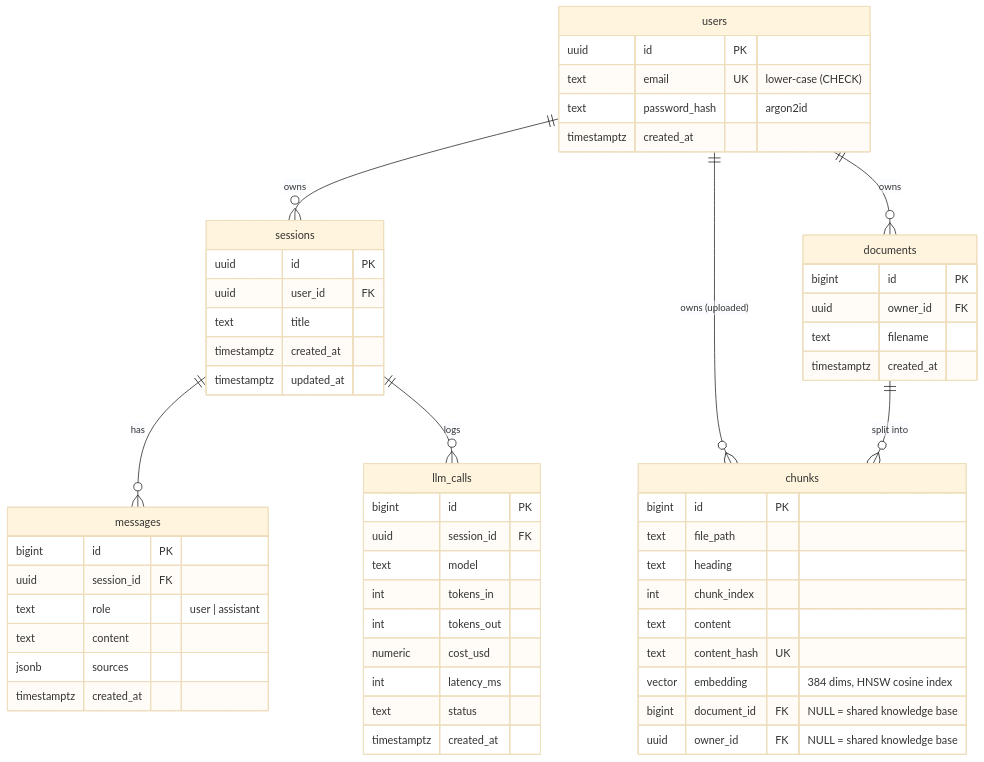
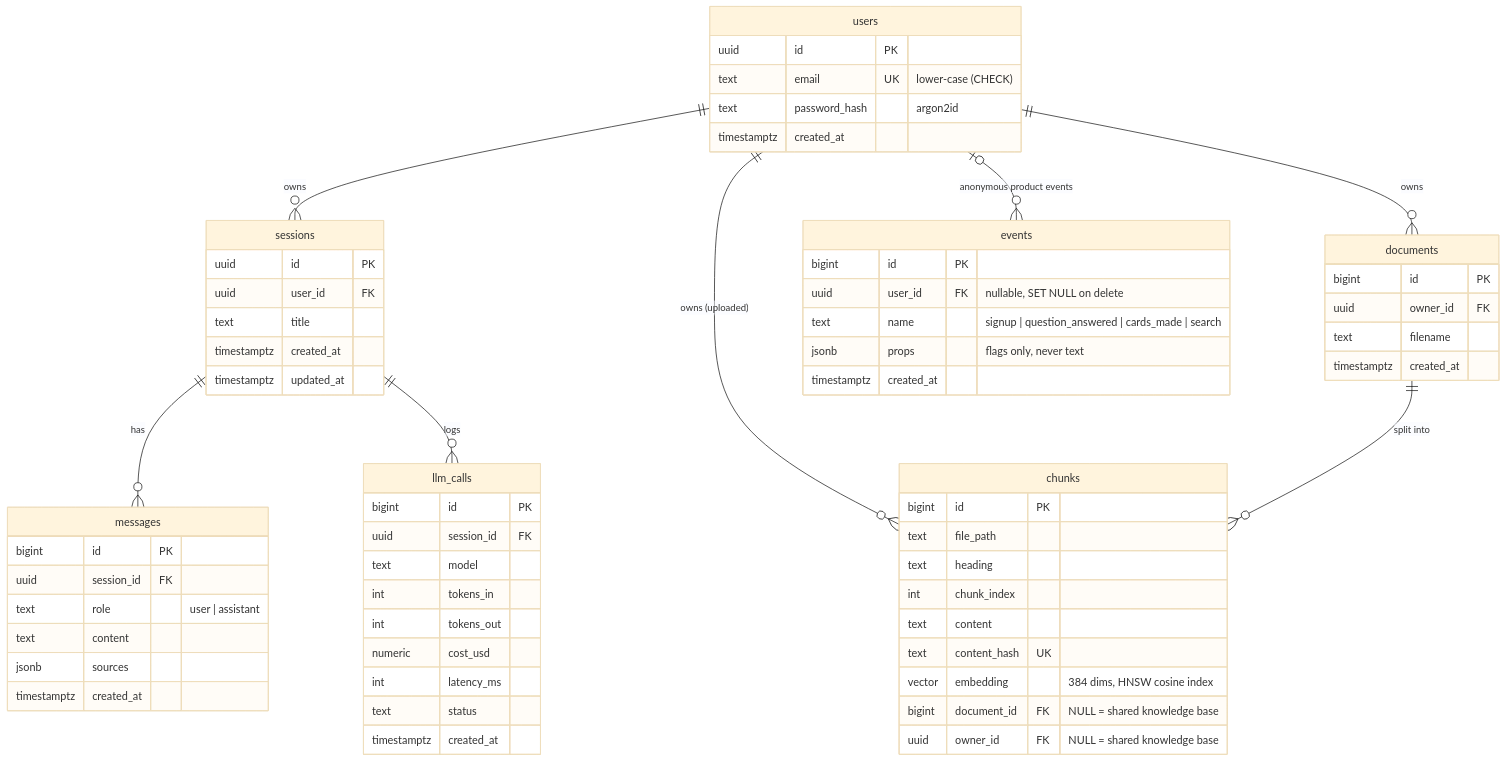
One commit to vandertal/mnemonic changed the second of 3 diagrams in README.md. Above: the diagram before and after it, drawn with Mermaid (base theme). The commit also changed other lines of this file and 3 other files, not shown here.

````diff
--- a/README.md
+++ b/README.md
@@ -54,59 +365,67 @@
 ```mermaid
 erDiagram
   users ||--o{ sessions : owns
   users ||--o{ documents : owns
   users ||--o{ chunks : "owns (uploaded)"
   sessions ||--o{ messages : has
   sessions ||--o{ llm_calls : logs
   documents ||--o{ chunks : "split into"
+  users |o--o{ events : "anonymous product events"
 
   users {
     uuid id PK
     text email UK "lower-case (CHECK)"
     text password_hash "argon2id"
     timestamptz created_at
   }
   sessions {
     uuid id PK
     uuid user_id FK
     text title
     timestamptz created_at
     timestamptz updated_at
   }
   messages {
     bigint id PK
     uuid session_id FK
     text role "user | assistant"
     text content
     jsonb sources
     timestamptz created_at
   }
   llm_calls {
     bigint id PK
     uuid session_id FK
     text model
     int tokens_in
     int tokens_out
     numeric cost_usd
     int latency_ms
     text status
     timestamptz created_at
   }
+  events {
+    bigint id PK
+    uuid user_id FK "nullable, SET NULL on delete"
+    text name "signup | question_answered | cards_made | search"
+    jsonb props "flags only, never text"
+    timestamptz created_at
+  }
   documents {
     bigint id PK
     uuid owner_id FK
     text filename
     timestamptz created_at
   }
   chunks {
     bigint id PK
     text file_path
     text heading
     int chunk_index
     text content
     text content_hash UK
     vector embedding "384 dims, HNSW cosine index"
     bigint document_id FK "NULL = shared knowledge base"
     uuid owner_id FK "NULL = shared knowledge base"
   }
 ```
````
